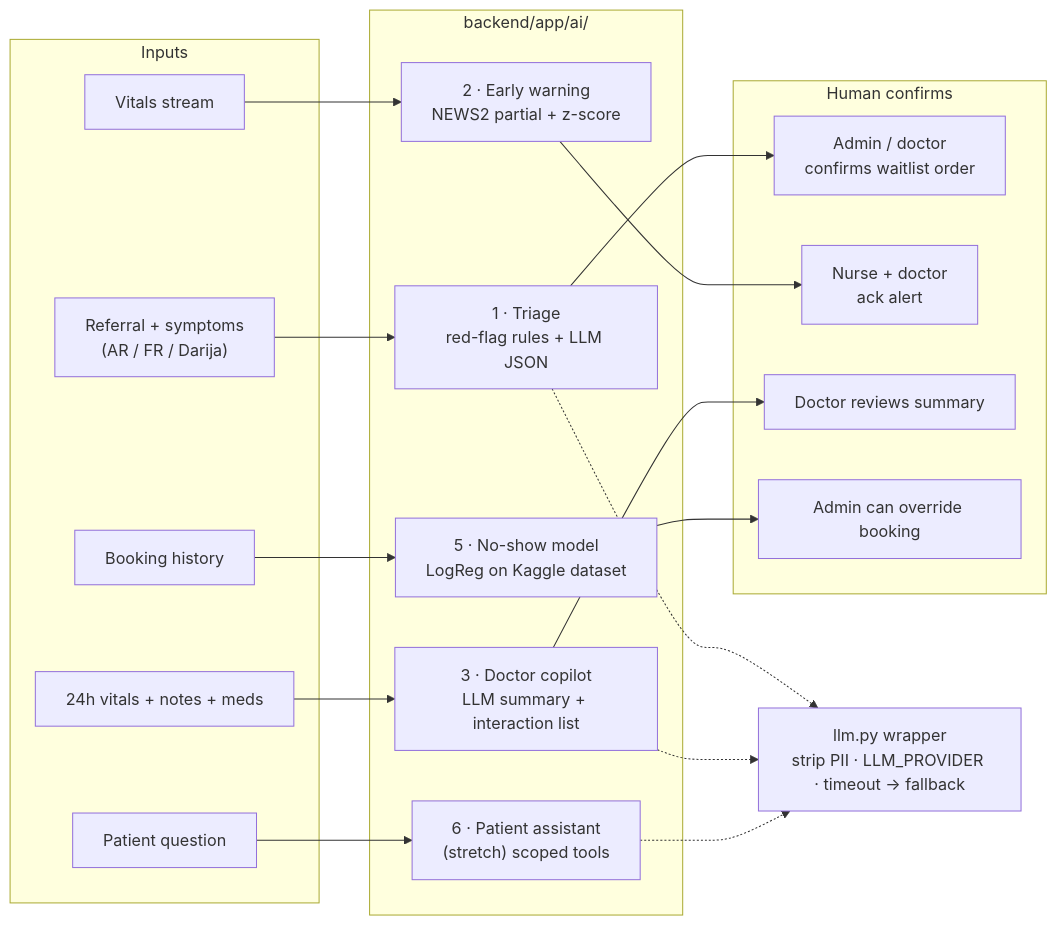
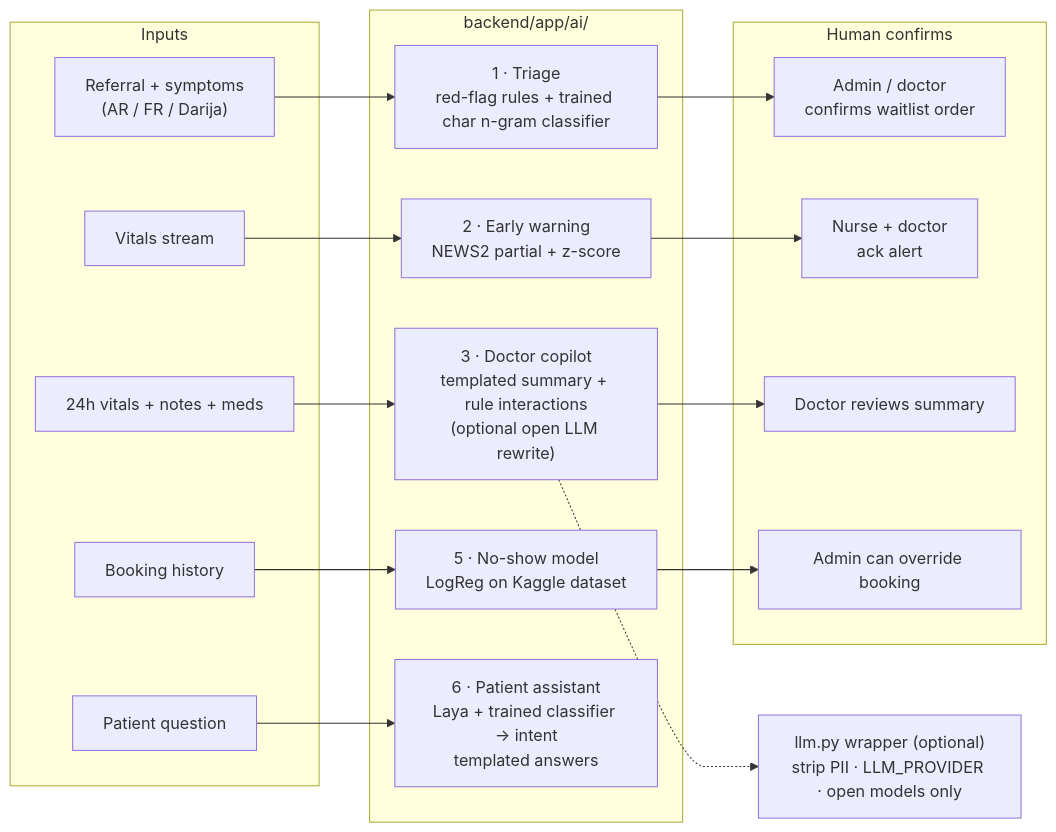
Before and after one commit to Faouzi-Blibech/smarty-hospital-: the fifth of 5 diagrams in docs/architecture.md, drawn with Mermaid. The commit also changed other lines of this file and 7 other files, not shown here.

Commit message:
docs: AI layer on trained models and rules; api 1.4, data-model 1.3

````diff
--- a/docs/architecture.md
+++ b/docs/architecture.md
@@ -201,30 +201,30 @@
 ```mermaid
 flowchart LR
   subgraph In["Inputs"]
     REF["Referral + symptoms<br/>(AR / FR / Darija)"]
     VS["Vitals stream"]
     H24["24h vitals + notes + meds"]
     HIST["Booking history"]
     Q["Patient question"]
   end
   subgraph Mods["backend/app/ai/"]
-    T["1 · Triage<br/>red-flag rules + LLM JSON"]
+    T["1 · Triage<br/>red-flag rules + trained char n-gram classifier"]
     EW["2 · Early warning<br/>NEWS2 partial + z-score"]
-    CP["3 · Doctor copilot<br/>LLM summary + interaction list"]
+    CP["3 · Doctor copilot<br/>templated summary + rule interactions<br/>(optional open LLM rewrite)"]
     NS["5 · No-show model<br/>LogReg on Kaggle dataset"]
-    PA["6 · Patient assistant<br/>(stretch) scoped tools"]
+    PA["6 · Patient assistant<br/>Laya + trained classifier → intent<br/>templated answers"]
   end
-  W["llm.py wrapper<br/>strip PII · LLM_PROVIDER · timeout → fallback"]
+  W["llm.py wrapper (optional)<br/>strip PII · LLM_PROVIDER · open models only"]
   subgraph Human["Human confirms"]
     HA["Admin / doctor<br/>confirms waitlist order"]
     HN["Nurse + doctor<br/>ack alert"]
     HD["Doctor reviews summary"]
     HO["Admin can override booking"]
   end
   REF --> T --> HA
   VS --> EW --> HN
   H24 --> CP --> HD
   HIST --> NS --> HO
   Q --> PA
-  T & CP & PA -.-> W
+  CP -.-> W
 ```
````
